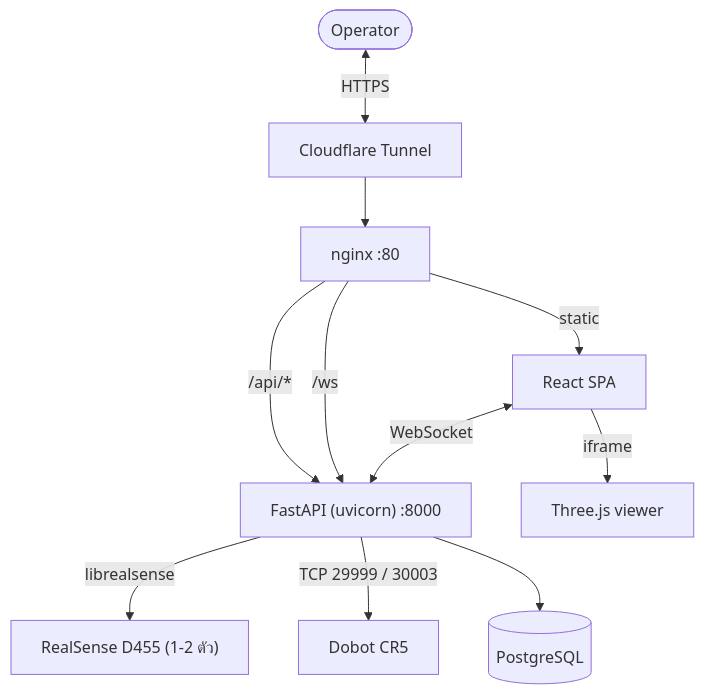
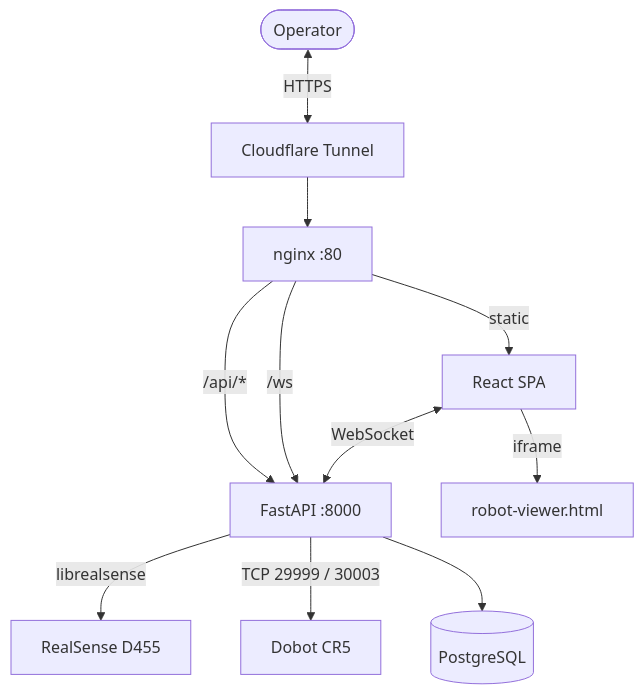
The diagram in README.md (RobotGuiding101/web_robot), drawn with Mermaid before and after one commit. The commit also changed other lines of this file, not shown here.

````diff
--- a/README.md
+++ b/README.md
@@ -237,14 +141,14 @@
 ```mermaid
 graph TD
     User([Operator]) <-->|HTTPS| CF[Cloudflare Tunnel]
-    CF --> NG[nginx :80]
-    NG -->|/api/*| API["FastAPI (uvicorn) :8000"]
+    CF --> NG["nginx :80"]
+    NG -->|/api/*| API["FastAPI :8000"]
     NG -->|/ws| API
     NG -->|static| FE[React SPA]
 
-    API -->|librealsense| CAM["RealSense D455 (1-2 ตัว)"]
+    API -->|librealsense| CAM["RealSense D455"]
     API -->|TCP 29999 / 30003| DOB[Dobot CR5]
     API --> PG[(PostgreSQL)]
-    FE -->|iframe| VIEW["Three.js viewer"]
+    FE -->|iframe| VIEW["robot-viewer.html"]
     FE <-->|WebSocket| API
 ```
````
